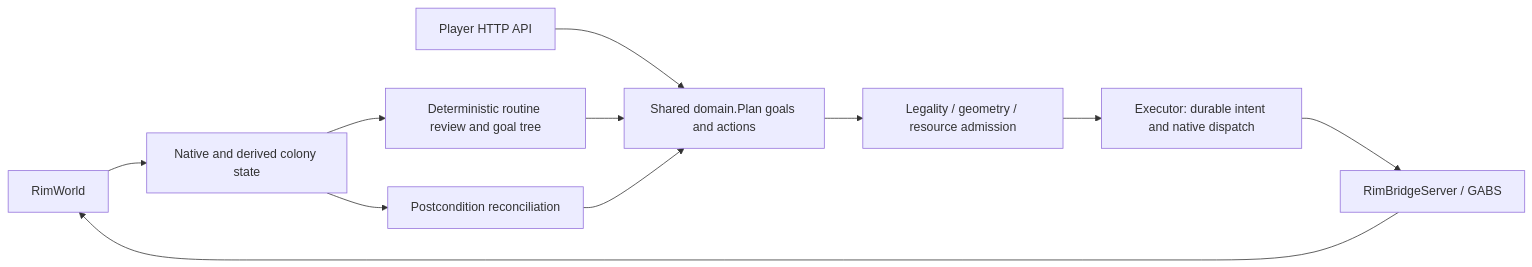
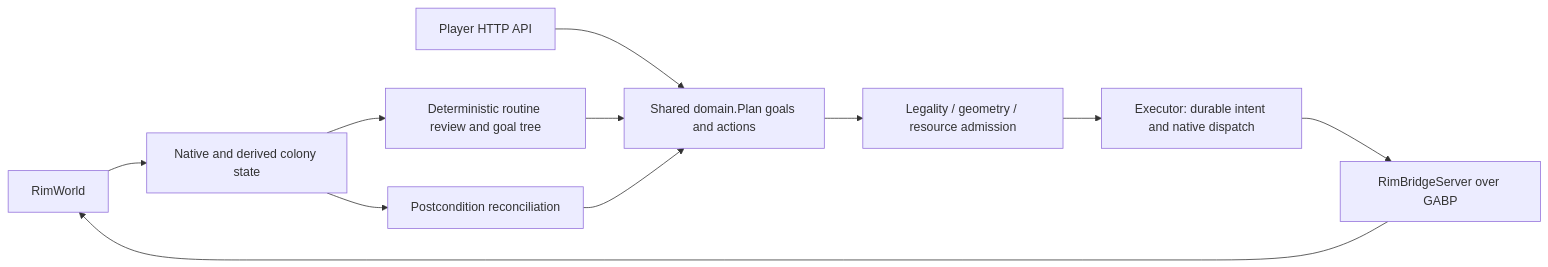
Before and after one commit to davidarcher/rimgovernor: the diagram in docs/developers/source-map.md, drawn with Mermaid. The commit also changed other lines of this file and 217 other files, not shown here.

First line of the commit message:
Drop GABS: talk GABP to RimBridgeServer directly from Go (#873)

````diff
--- a/docs/developers/source-map.md
+++ b/docs/developers/source-map.md
@@ -9,13 +9,13 @@
 ```mermaid
 flowchart LR
     Game[RimWorld] --> Facts[Native and derived colony state]
     Facts --> Policy[Deterministic routine review and goal tree]
     Player[Player HTTP API] --> Plan[Shared domain.Plan goals and actions]
     Policy --> Plan
     Plan --> Validate[Legality / geometry / resource admission]
     Validate --> Executor[Executor: durable intent and native dispatch]
-    Executor --> Bridge[RimBridgeServer / GABS]
+    Executor --> Bridge[RimBridgeServer over GABP]
     Bridge --> Game
     Facts --> Outcomes[Postcondition reconciliation]
     Outcomes --> Plan
 ```
````
